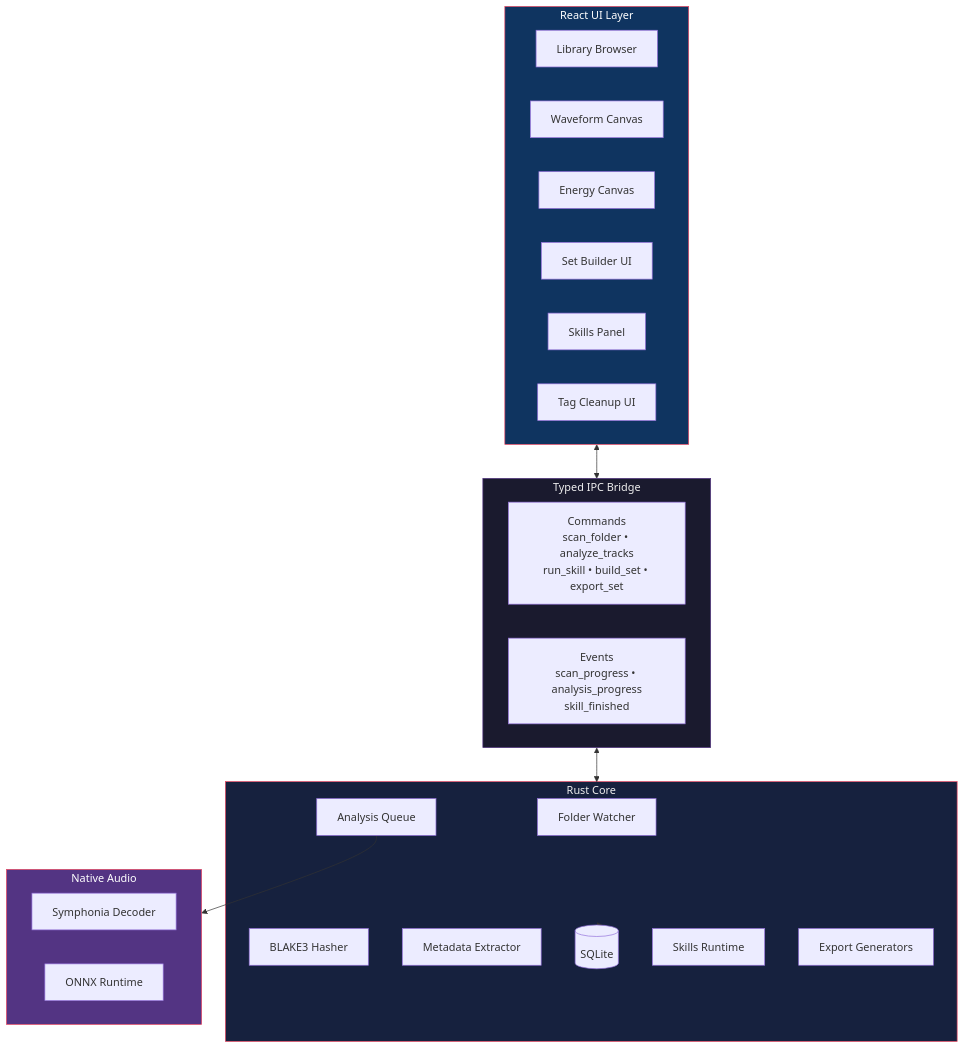
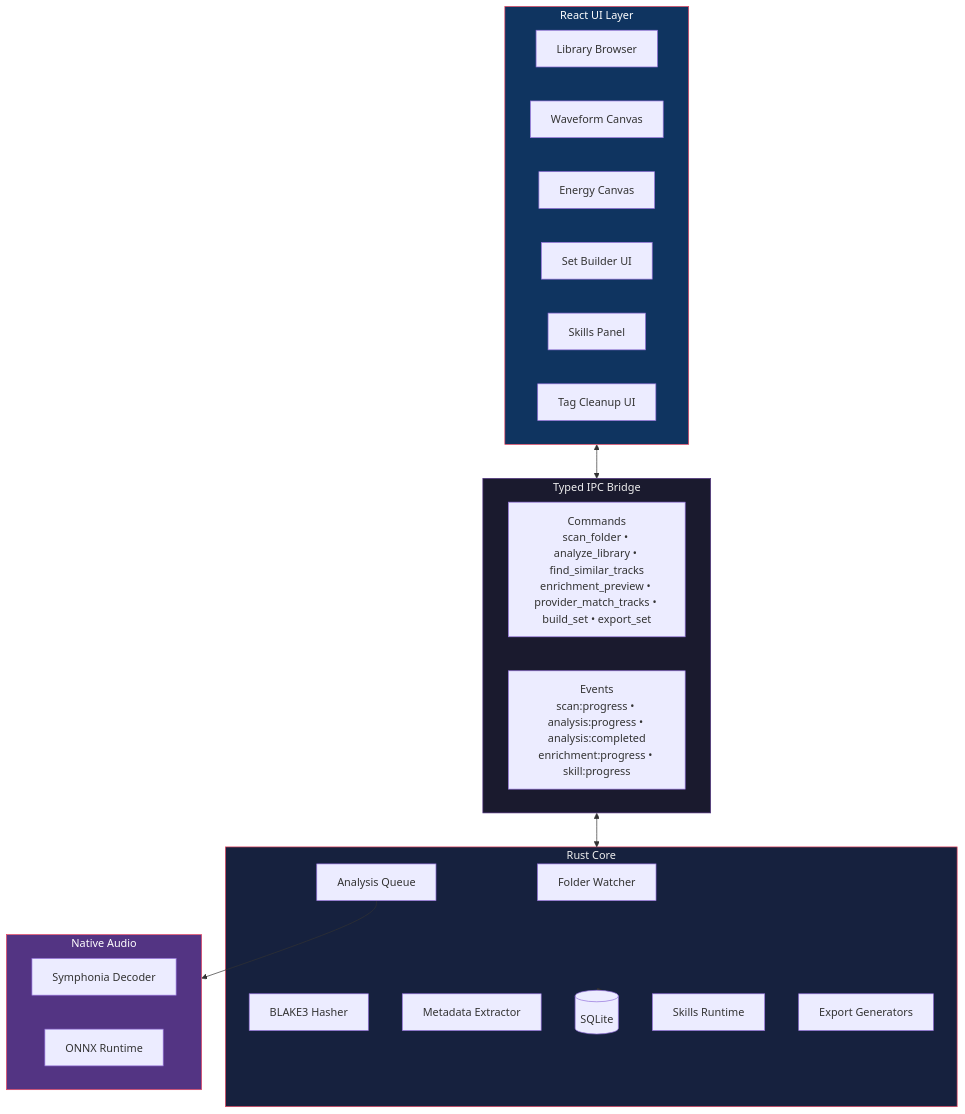
One commit to iDorgham/DJ-Assistant changed the first of 2 diagrams in docs/diagrams/11-component-ipc.md. Above: the diagram before and after it, drawn with Mermaid. The commit also changed other lines of this file and 62 other files, not shown here.

First line of the commit message:
docs(plan,architecture,diagrams,context): polish SDD plan + sync docs with shipped code

````diff
--- a/docs/diagrams/11-component-ipc.md
+++ b/docs/diagrams/11-component-ipc.md
@@ -5,41 +5,41 @@
 ```mermaid
 flowchart TB
     subgraph React["React UI Layer"]
         LIB[Library Browser]
         WAVE[Waveform Canvas]
         ENERGY[Energy Canvas]
         SETUI[Set Builder UI]
         SKILLS[Skills Panel]
         TAGS[Tag Cleanup UI]
     end
 
     subgraph IPC["Typed IPC Bridge"]
-        CMD[Commands<br/>scan_folder • analyze_tracks<br/>run_skill • build_set • export_set]
-        EVT[Events<br/>scan_progress • analysis_progress<br/>skill_finished]
+        CMD[Commands<br/>scan_folder • analyze_library • find_similar_tracks<br/>enrichment_preview • provider_match_tracks • build_set • export_set]
+        EVT[Events<br/>scan:progress • analysis:progress • analysis:completed<br/>enrichment:progress • skill:progress]
     end
 
     subgraph Rust["Rust Core"]
         WATCH[Folder Watcher]
         HASH[BLAKE3 Hasher]
         META[Metadata Extractor]
         DB[(SQLite)]
         QUEUE[Analysis Queue]
         SKILLRT[Skills Runtime]
         EXPORT[Export Generators]
     end
 
     subgraph Native["Native Audio"]
         SYM[Symphonia Decoder]
         ONNX[ONNX Runtime]
     end
 
     React <--> IPC
     IPC <--> Rust
     QUEUE --> Native
     Rust --> DB
 
     style React fill:#0f3460,stroke:#e94560,color:#fff
     style IPC fill:#1a1a2e,stroke:#533483,color:#eee
     style Rust fill:#16213e,stroke:#e94560,color:#eee
     style Native fill:#533483,stroke:#e94560,color:#fff
 ```
````
